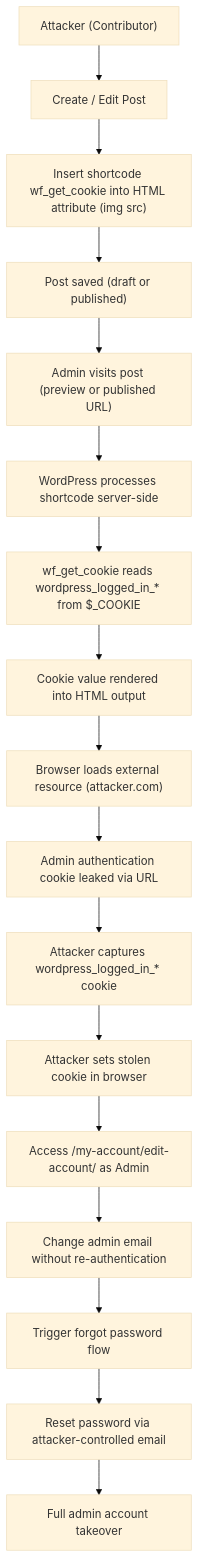
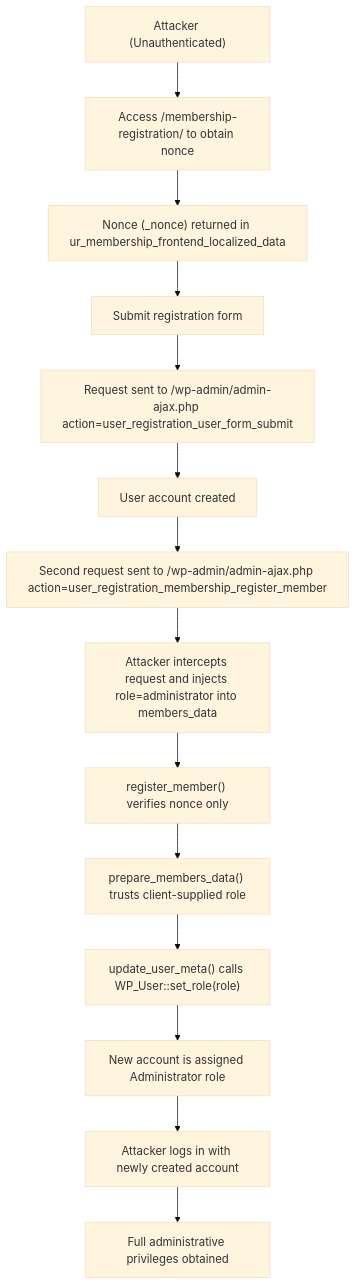
The diagram in content/posts/2026-01-07-CVE-2025-2563/index.vi.md (w41bu1/w41bu1.github.io), drawn with Mermaid (base theme) before and after one commit. The commit also changed other lines of this file and 83 other files, not shown here.

```diff
--- a/content/posts/2026-01-07-CVE-2025-2563/index.vi.md
+++ b/content/posts/2026-01-07-CVE-2025-2563/index.vi.md
@@ -56,28 +289,27 @@
 {{< mermaid >}}
 flowchart TD
-A["Attacker (Contributor)"]
---> B["Create / Edit Post"]
+A["Attacker (Unauthenticated)"]
+--> B["Access /membership-registration/ to obtain nonce"]
 
-B --> C["Insert shortcode wf_get_cookie into HTML attribute (img src)"]
-C --> D["Post saved (draft or published)"]
+B --> C["Nonce (_nonce) returned in ur_membership_frontend_localized_data"]
 
-D --> E["Admin visits post (preview or published URL)"]
-E --> F["WordPress processes shortcode server-side"]
+C --> D["Submit registration form"]
+D --> E["Request sent to /wp-admin/admin-ajax.php action=user_registration_user_form_submit"]
+E --> F["User account created"]
 
-F --> G["wf_get_cookie reads wordpress_logged_in_* from $_COOKIE"]
-G --> H["Cookie value rendered into HTML output"]
+F --> G["Second request sent to /wp-admin/admin-ajax.php action=user_registration_membership_register_member"]
 
-H --> I["Browser loads external resource (attacker.com)"]
-I --> J["Admin authentication cookie leaked via URL"]
+G --> H["Attacker intercepts request and injects role=administrator into members_data"]
 
-J --> K["Attacker captures wordpress_logged_in_* cookie"]
-K --> L["Attacker sets stolen cookie in browser"]
+H --> I["register_member() verifies nonce only"]
 
-L --> M["Access /my-account/edit-account/ as Admin"]
-M --> N["Change admin email without re-authentication"]
+I --> J["prepare_members_data() trusts client-supplied role"]
 
-N --> O["Trigger forgot password flow"]
-O --> P["Reset password via attacker-controlled email"]
+J --> K["update_user_meta() calls WP_User::set_role(role)"]
 
-P --> Q["Full admin account takeover"]
+K --> L["New account is assigned Administrator role"]
+
+L --> M["Attacker logs in with newly created account"]
+
+M --> N["Full administrative privileges obtained"]
 {{< /mermaid >}}
```
